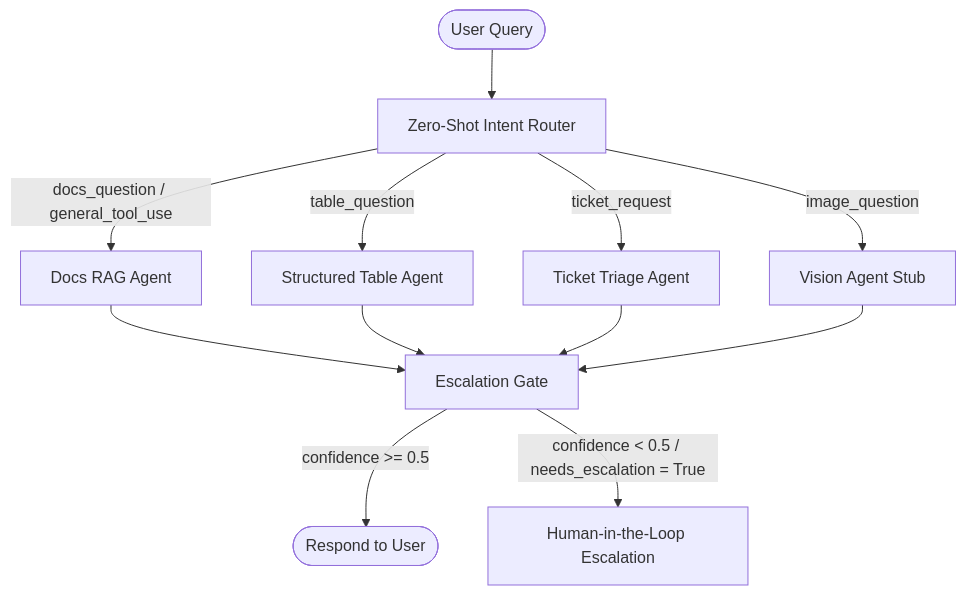
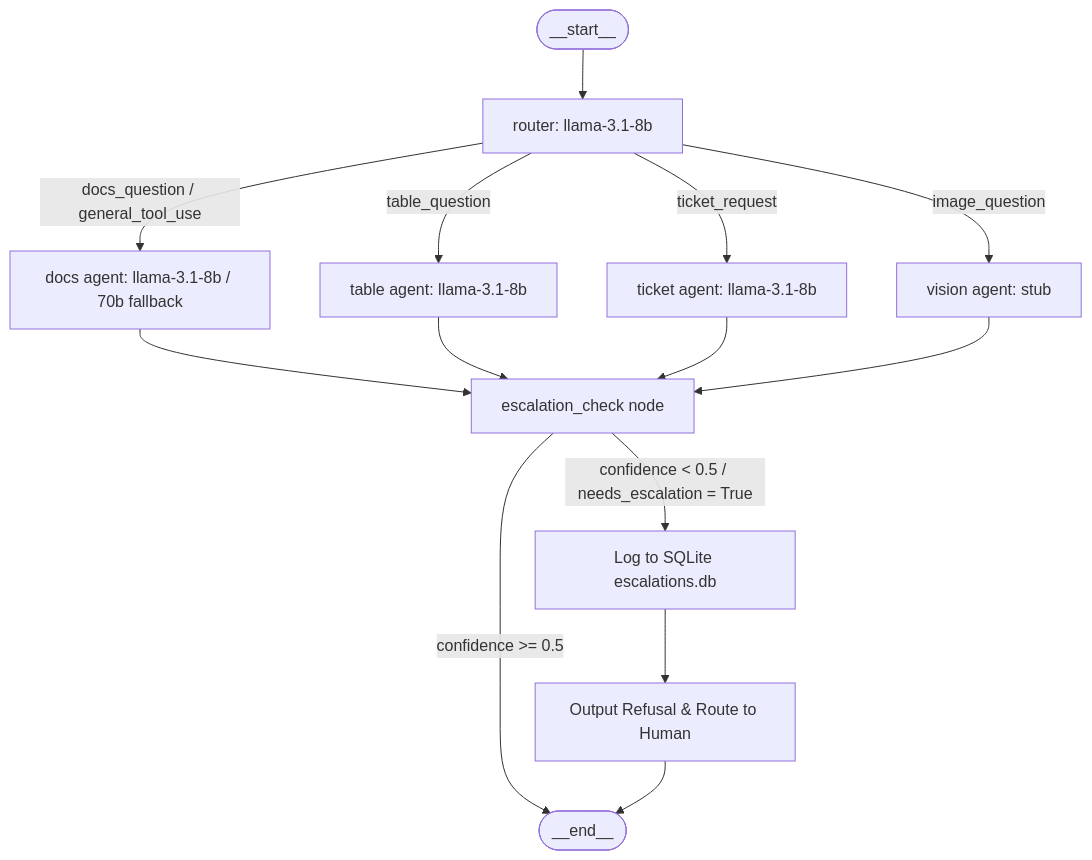
One commit to Ibrahimbathusha73/Deskmate-Enterprise-Copilot changed the diagram in README.md. Above: the diagram before and after it, drawn with Mermaid. The commit also changed other lines of this file and 3 other files, not shown here.

````diff
--- a/README.md
+++ b/README.md
@@ -9,14 +14,18 @@
 ```mermaid
 graph TD
-    Entry([User Query]) --> Router[Zero-Shot Intent Router]
-    Router -->|docs_question / general_tool_use| Docs[Docs RAG Agent]
-    Router -->|table_question| Table[Structured Table Agent]
-    Router -->|ticket_request| Ticket[Ticket Triage Agent]
-    Router -->|image_question| Vision[Vision Agent Stub]
-    Docs --> EscalationCheck[Escalation Gate]
+    Entry([__start__]) --> Router[router: llama-3.1-8b]
+    Router -->|docs_question / general_tool_use| Docs[docs agent: llama-3.1-8b / 70b fallback]
+    Router -->|table_question| Table[table agent: llama-3.1-8b]
+    Router -->|ticket_request| Ticket[ticket agent: llama-3.1-8b]
+    Router -->|image_question| Vision[vision agent: stub]
+    
+    Docs --> EscalationCheck[escalation_check node]
     Table --> EscalationCheck
     Ticket --> EscalationCheck
     Vision --> EscalationCheck
-    EscalationCheck -->|confidence >= 0.5| End([Respond to User])
-    EscalationCheck -->|confidence < 0.5 / needs_escalation = True| Human[Human-in-the-Loop Escalation]
+    
+    EscalationCheck -->|confidence >= 0.5| End([__end__])
+    EscalationCheck -->|confidence < 0.5 / needs_escalation = True| LogSQL[Log to SQLite escalations.db]
+    LogSQL --> RefusalResponse[Output Refusal & Route to Human]
+    RefusalResponse --> End
 ```
````
